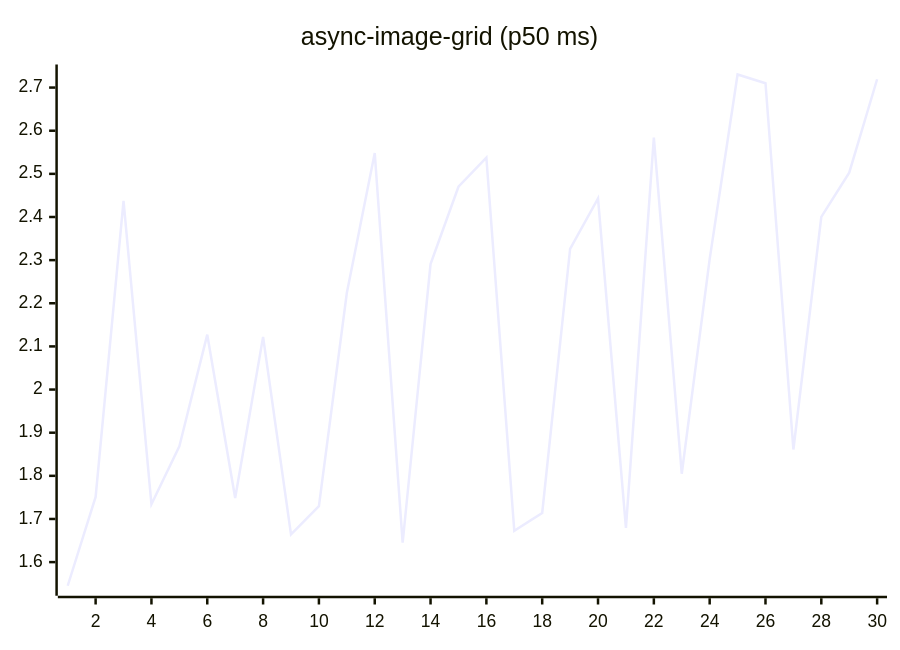
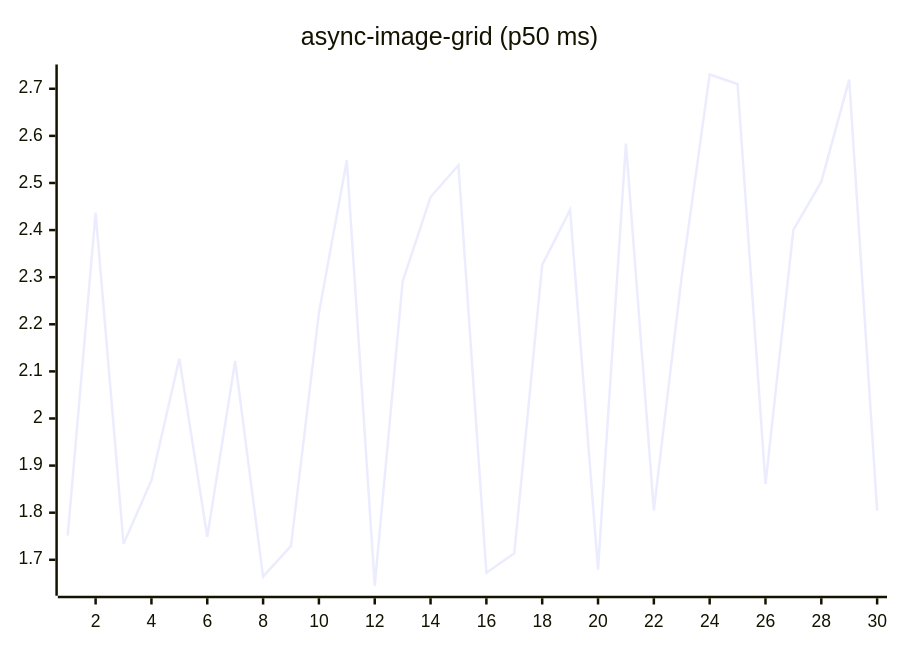
Before and after one commit to josha/Facet: the fifth of 27 diagrams in README.md, drawn with Mermaid. The commit also changed other lines of this file and 2 other files, not shown here.

````diff
--- a/README.md
+++ b/README.md
@@ -91,6 +91,6 @@
 ```mermaid
 xychart-beta
     title "async-image-grid (p50 ms)"
     x-axis 1 --> 30
-    line [1.5452, 1.7512, 2.4372, 1.7341, 1.8684, 2.1272, 1.7487, 2.1221, 1.6642, 1.7295, 2.2238, 2.5483, 1.6449, 2.2910, 2.4702, 2.5376, 1.6727, 1.7140, 2.3260, 2.4429, 1.6792, 2.5838, 1.8048, 2.3022, 2.7303, 2.7101, 1.8610, 2.4003, 2.5028, 2.7193]
+    line [1.7512, 2.4372, 1.7341, 1.8684, 2.1272, 1.7487, 2.1221, 1.6642, 1.7295, 2.2238, 2.5483, 1.6449, 2.2910, 2.4702, 2.5376, 1.6727, 1.7140, 2.3260, 2.4429, 1.6792, 2.5838, 1.8048, 2.3022, 2.7303, 2.7101, 1.8610, 2.4003, 2.5028, 2.7193, 1.8045]
 ```
````
